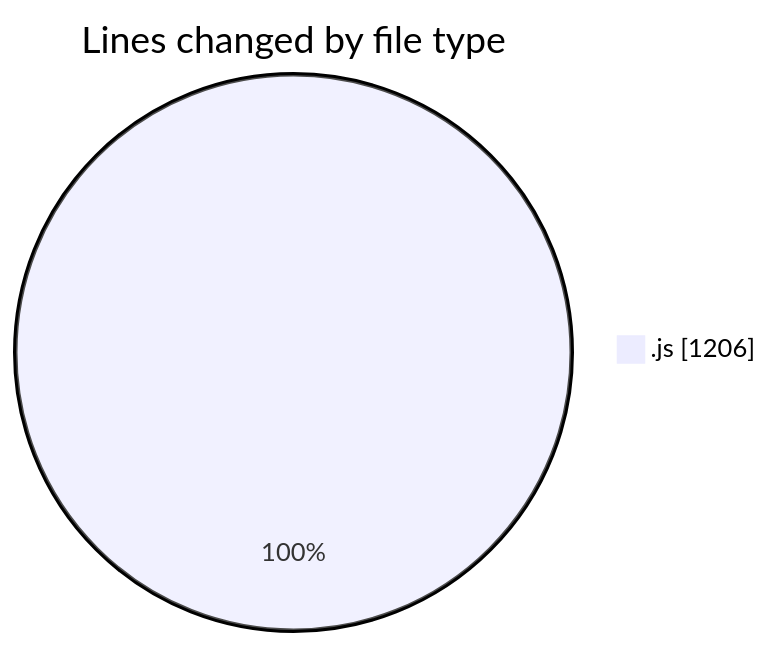
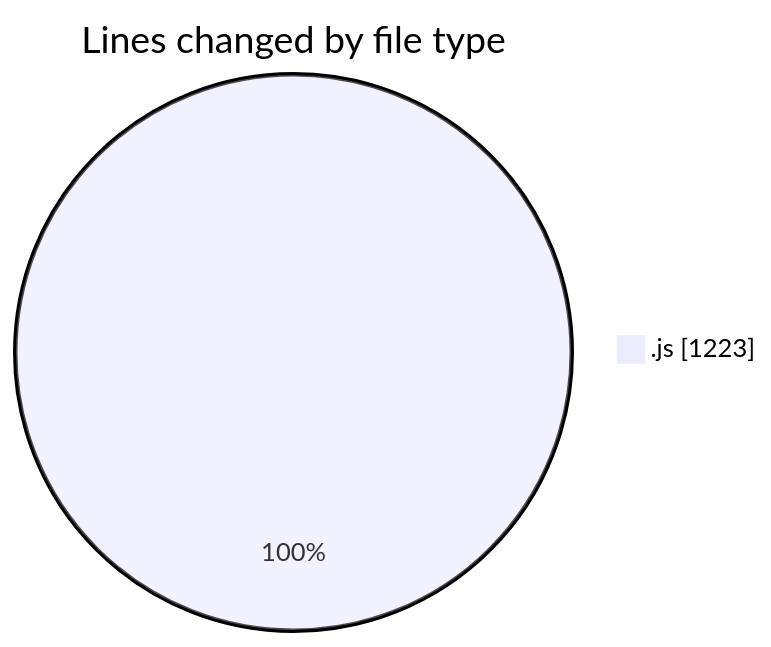
The first of 2 diagrams in 2025-09-08/cashcalculator/README.md (nxtqubesakshisongat/code-tracking), drawn with Mermaid before and after one commit. The commit also changed other lines of this file and 1 other file, not shown here.

````diff
--- a/2025-09-08/cashcalculator/README.md
+++ b/2025-09-08/cashcalculator/README.md
@@ -20,5 +20,5 @@
 ```mermaid
 pie showData
 title Lines changed by file type
-".js" : 1206
+".js" : 1223
 ```
````
